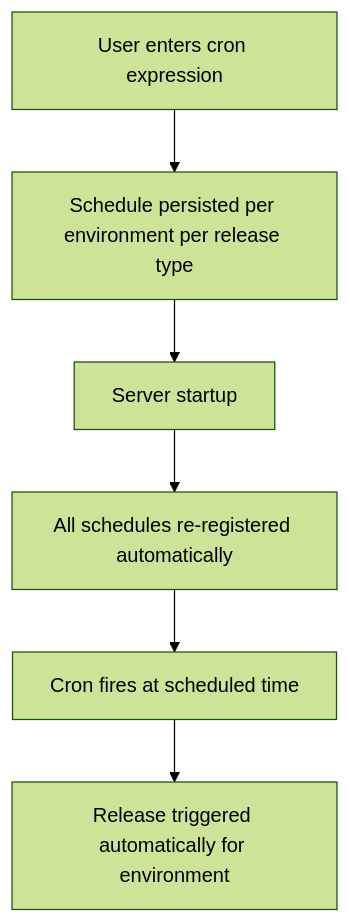
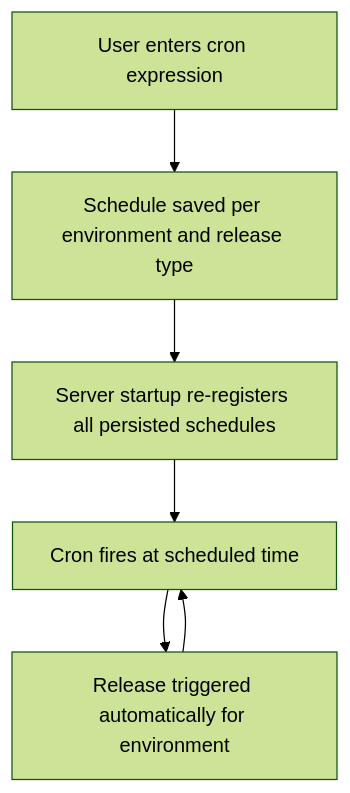
The second of 2 diagrams in docs/releases/performing-releases.md (Facets-cloud/facets-docs), drawn with Mermaid (forest theme) before and after one commit. The commit also changed other lines of this file and 7 other files, not shown here.

````diff
--- a/docs/releases/performing-releases.md
+++ b/docs/releases/performing-releases.md
@@ -210,8 +213,8 @@
 ```mermaid
 flowchart TD
-    A[User enters cron expression] --> B[Schedule persisted per environment per release type]
-    B --> C[Server startup]
-    C --> D[All schedules re-registered automatically]
-    D --> E[Cron fires at scheduled time]
-    E --> F[Release triggered automatically for environment]
+    A[User enters cron expression] --> B[Schedule saved per environment and release type]
+    B --> C[Server startup re-registers all persisted schedules]
+    C --> D[Cron fires at scheduled time]
+    D --> E[Release triggered automatically for environment]
+    E --> D
 ```
````
